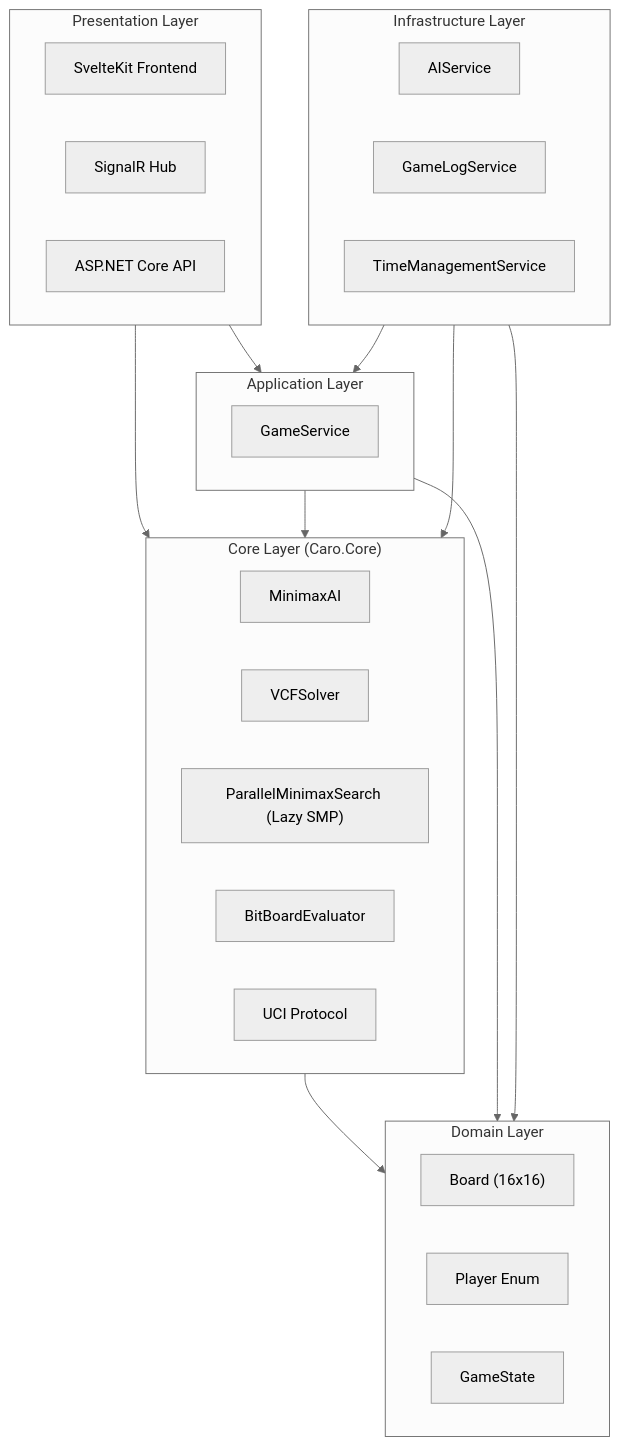
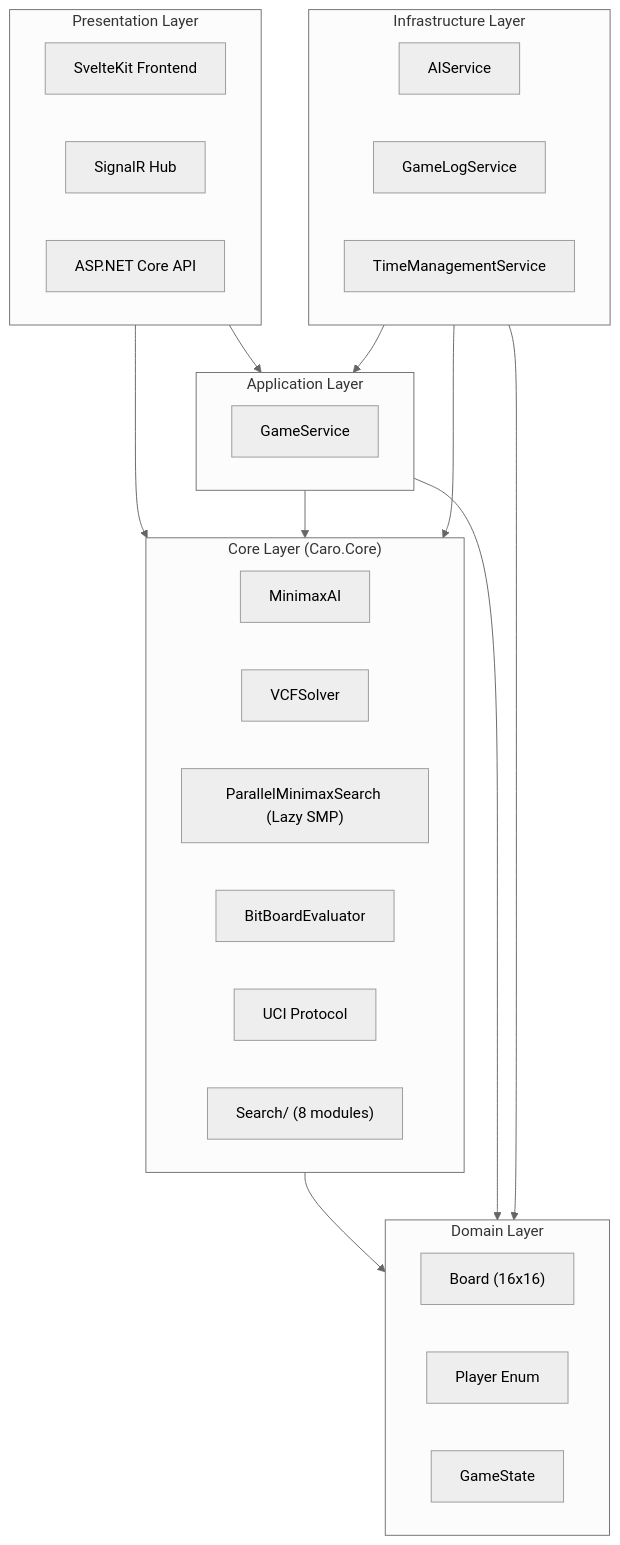
One commit to lavantien/caro-ai-pvp changed the diagram in README.md. Above: the diagram before and after it, drawn with Mermaid (neutral theme). The commit also changed other lines of this file and 2 other files, not shown here.

````diff
--- a/README.md
+++ b/README.md
@@ -187,41 +187,42 @@
 ```mermaid
 graph TB
     subgraph Presentation["Presentation Layer"]
         SvelteKit["SvelteKit Frontend"]
         SignalR["SignalR Hub"]
         API["ASP.NET Core API"]
     end
 
     subgraph Application["Application Layer"]
         GameService["GameService"]
     end
 
     subgraph Core["Core Layer (Caro.Core)"]
         MinimaxAI["MinimaxAI"]
         VCFSolver["VCFSolver"]
         ParallelSearch["ParallelMinimaxSearch (Lazy SMP)"]
         Evaluator["BitBoardEvaluator"]
         UCIProtocol["UCI Protocol"]
+        SearchModule["Search/ (8 modules)"]
     end
 
     subgraph Domain["Domain Layer"]
         Board["Board (16x16)"]
         Player["Player Enum"]
         GameState["GameState"]
     end
 
     subgraph Infrastructure["Infrastructure Layer"]
         AIService["AIService"]
         GameLogService["GameLogService"]
         TimeManagementService["TimeManagementService"]
     end
 
     Presentation --> Application
     Presentation --> Core
     Core --> Domain
     Application --> Core
     Application --> Domain
     Infrastructure --> Core
     Infrastructure --> Application
     Infrastructure --> Domain
 ```
````
